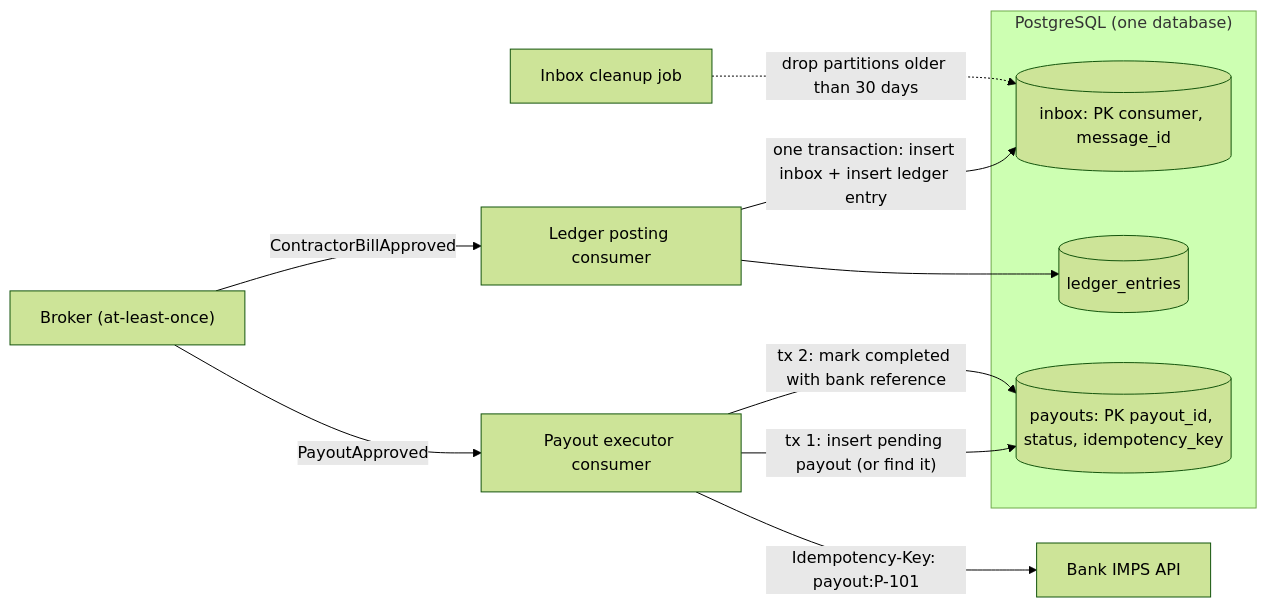
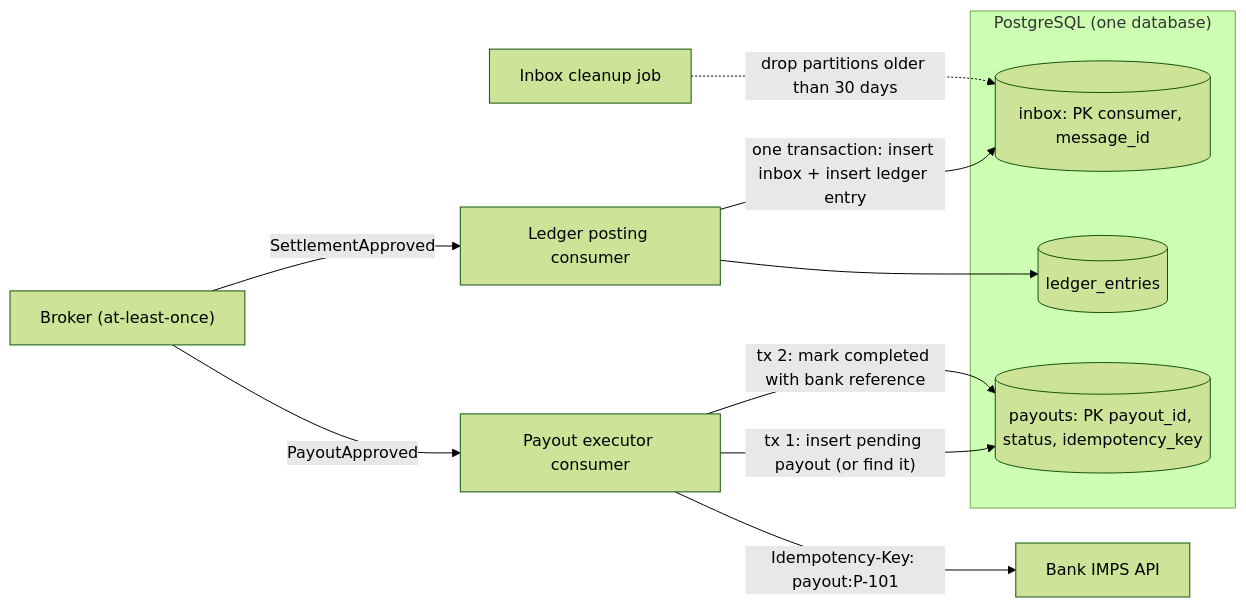
One commit to rizwi0786/system-design-lab changed the first of 2 diagrams in content/lessons/m12/m12-idempotent-consumers.md. Above: the diagram before and after it, drawn with Mermaid (forest theme). The commit also changed other lines of this file and 334 other files, not shown here.

````diff
--- a/content/lessons/m12/m12-idempotent-consumers.md
+++ b/content/lessons/m12/m12-idempotent-consumers.md
@@ -215,16 +215,16 @@
 ```mermaid
 flowchart LR
-    BRK["Broker (at-least-once)"] -->|"ContractorBillApproved"| LP["Ledger posting consumer"]
+    BRK["Broker (at-least-once)"] -->|"SettlementApproved"| LP["Ledger posting consumer"]
     BRK -->|"PayoutApproved"| PX["Payout executor consumer"]
     subgraph PG["PostgreSQL (one database)"]
         INBOX[("inbox: PK consumer, message_id")]
         LEDGER[("ledger_entries")]
         PAYOUTS[("payouts: PK payout_id, status, idempotency_key")]
     end
     LP -->|"one transaction: insert inbox + insert ledger entry"| INBOX
     LP --> LEDGER
     PX -->|"tx 1: insert pending payout (or find it)"| PAYOUTS
     PX -->|"Idempotency-Key: payout:P-101"| BANK["Bank IMPS API"]
     PX -->|"tx 2: mark completed with bank reference"| PAYOUTS
     CLEAN["Inbox cleanup job"] -.->|"drop partitions older than 30 days"| INBOX
 ```
````
